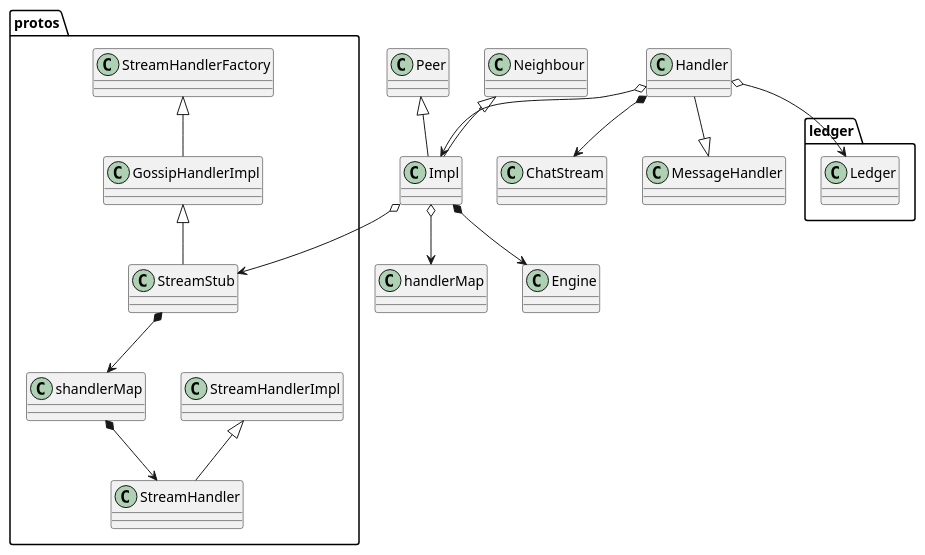
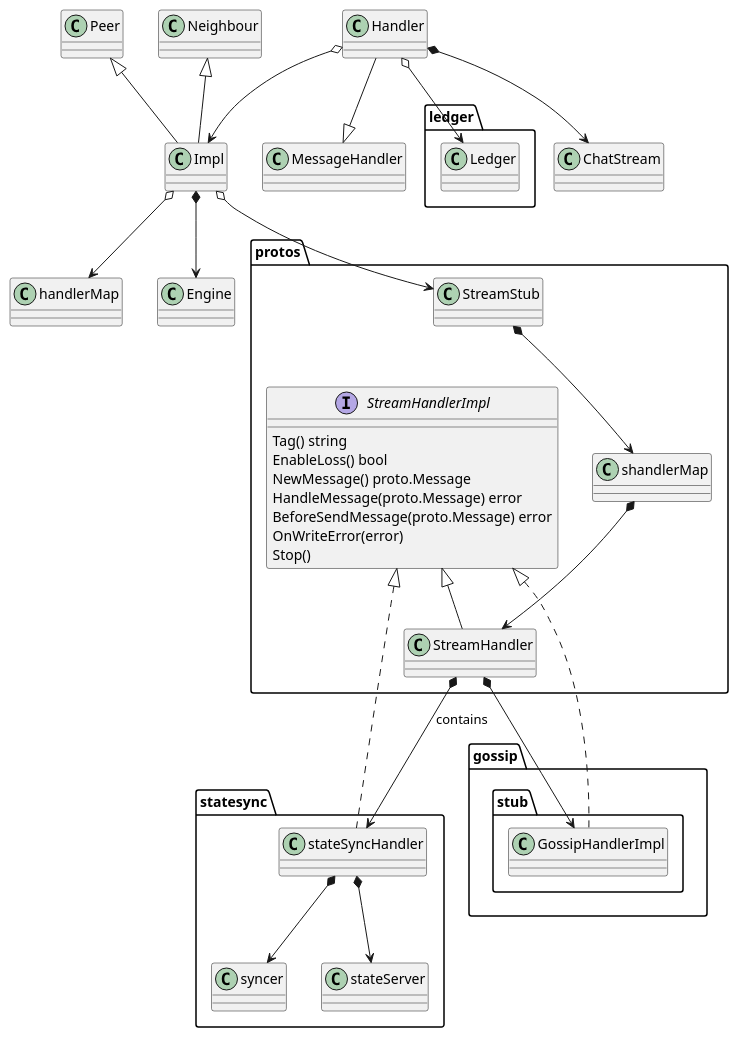
Before and after one commit to cmdpos/gaia: the diagram in uml/stream_handler.puml, drawn with PlantUML. The commit also changed 2 other files, not shown here.

```diff
--- a/uml/stream_handler.puml
+++ b/uml/stream_handler.puml
@@ -1,25 +1,42 @@
 @startuml
 
 
 
 
 Impl o--> protos.StreamStub
 Impl o--> handlerMap
 Impl *--> Engine
 Peer <|-- Impl
 Neighbour <|-- Impl
 
 protos.StreamStub *--> protos.shandlerMap
 protos.shandlerMap *--> protos.StreamHandler
 protos.StreamHandlerImpl <|-- protos.StreamHandler
 
-protos.StreamHandlerFactory <|-- protos.GossipHandlerImpl
-protos.GossipHandlerImpl <|-- protos.StreamStub
-
 Handler *--> ChatStream
 Handler o--> Impl
 Handler --|> MessageHandler
 Handler o--> ledger.Ledger
 
 
+protos.StreamHandlerImpl <|.. statesync.stateSyncHandler
+statesync.stateSyncHandler *--> statesync.syncer
+statesync.stateSyncHandler *--> statesync.stateServer
+protos.StreamHandler *--> statesync.stateSyncHandler:contains
+
+interface protos.StreamHandlerImpl  {
+	Tag() string
+	EnableLoss() bool
+	NewMessage() proto.Message
+	HandleMessage(proto.Message) error
+	BeforeSendMessage(proto.Message) error
+	OnWriteError(error)
+	Stop()
+}
+
+
+protos.StreamHandlerImpl <|.. gossip.stub.GossipHandlerImpl
+protos.StreamHandler *--> gossip.stub.GossipHandlerImpl
+
+
 @enduml
```
